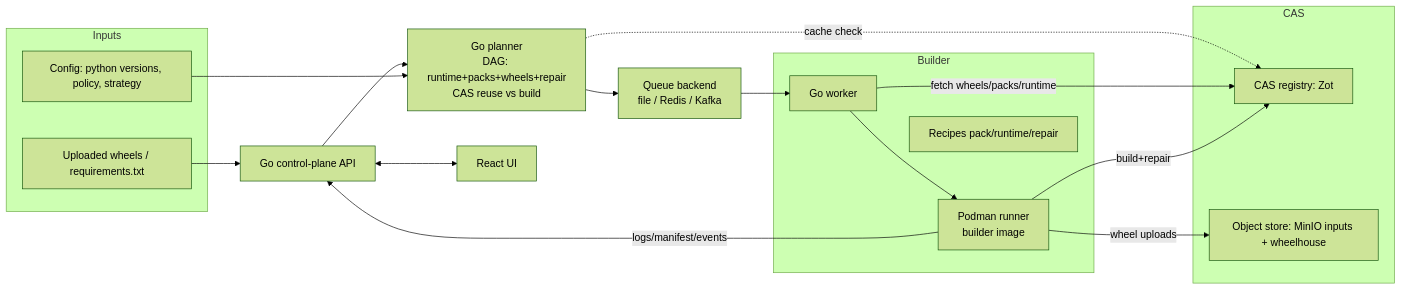
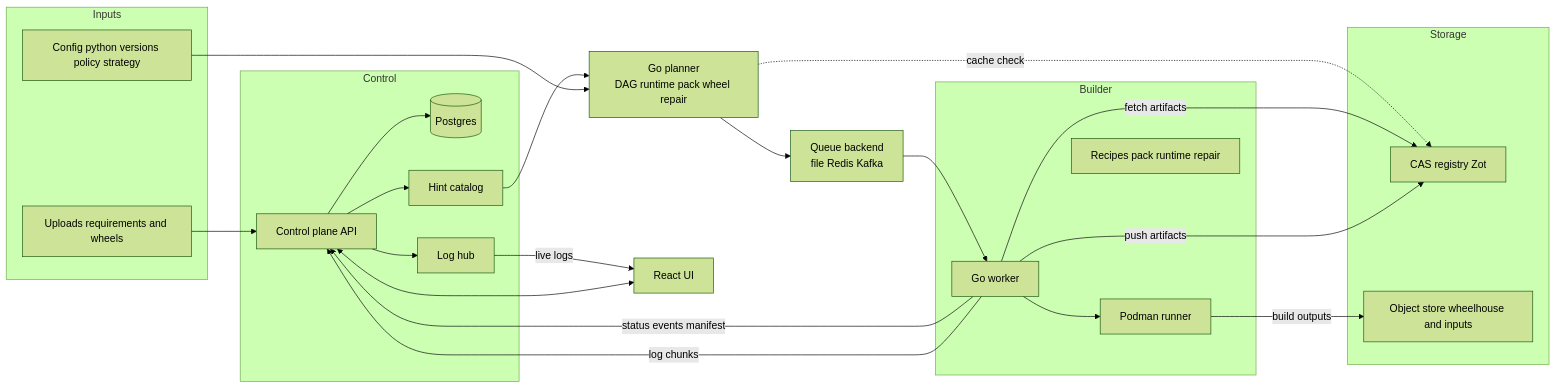
Before and after one commit to k8ika0s/s390x-wheel-refinery: the diagram in docs/diagrams/overall-system.mmd, drawn with Mermaid (forest theme). The commit also changed 3 other files, not shown here.

Commit message:
Docs: refresh core diagrams

```diff
--- a/docs/diagrams/overall-system.mmd
+++ b/docs/diagrams/overall-system.mmd
@@ -1,32 +1,42 @@
 flowchart LR
     subgraph Inputs
-        IN[Uploaded wheels / requirements.txt]
-        CFG[Config: python versions, policy, strategy]
+        IN[Uploads requirements and wheels]
+        CFG[Config python versions policy strategy]
     end
 
-    PLAN[Go planner<br/>DAG: runtime+packs+wheels+repair<br/>CAS reuse vs build]
-    Q[Queue backend<br/>file / Redis / Kafka]
-    subgraph CAS
-        ZOT["CAS registry: Zot"]
-        MINIO["Object store: MinIO inputs + wheelhouse"]
+    PLAN[Go planner<br/>DAG runtime pack wheel repair]
+    Q[Queue backend<br/>file Redis Kafka]
+    subgraph Control
+        CP[Control plane API]
+        DB[(Postgres)]
+        HUB[Log hub]
+        HINTS[Hint catalog]
+    end
+    subgraph Storage
+        ZOT[CAS registry Zot]
+        MINIO[Object store wheelhouse and inputs]
     end
     subgraph Builder
         WKR[Go worker]
-        RUN[Podman runner<br/>builder image]
-        REC[Recipes pack/runtime/repair]
+        RUN[Podman runner]
+        REC[Recipes pack runtime repair]
     end
-    CP[Go control-plane API]
     UI[React UI]
 
     IN --> CP
-    CP --> PLAN
+    CP --> DB
+    CP --> HINTS
+    HINTS --> PLAN
     CFG --> PLAN
     PLAN --> Q
     PLAN -. cache check .-> ZOT
     Q --> WKR
-    WKR -->|fetch wheels/packs/runtime| ZOT
+    WKR -->|fetch artifacts| ZOT
+    WKR -->|push artifacts| ZOT
     WKR --> RUN
-    RUN -->|build+repair| ZOT
-    RUN -->|wheel uploads| MINIO
-    RUN -->|logs/manifest/events| CP
+    RUN -->|build outputs| MINIO
+    WKR -->|status events manifest| CP
+    WKR -->|log chunks| CP
+    CP --> HUB
+    HUB -->|live logs| UI
     CP <--> UI
```
